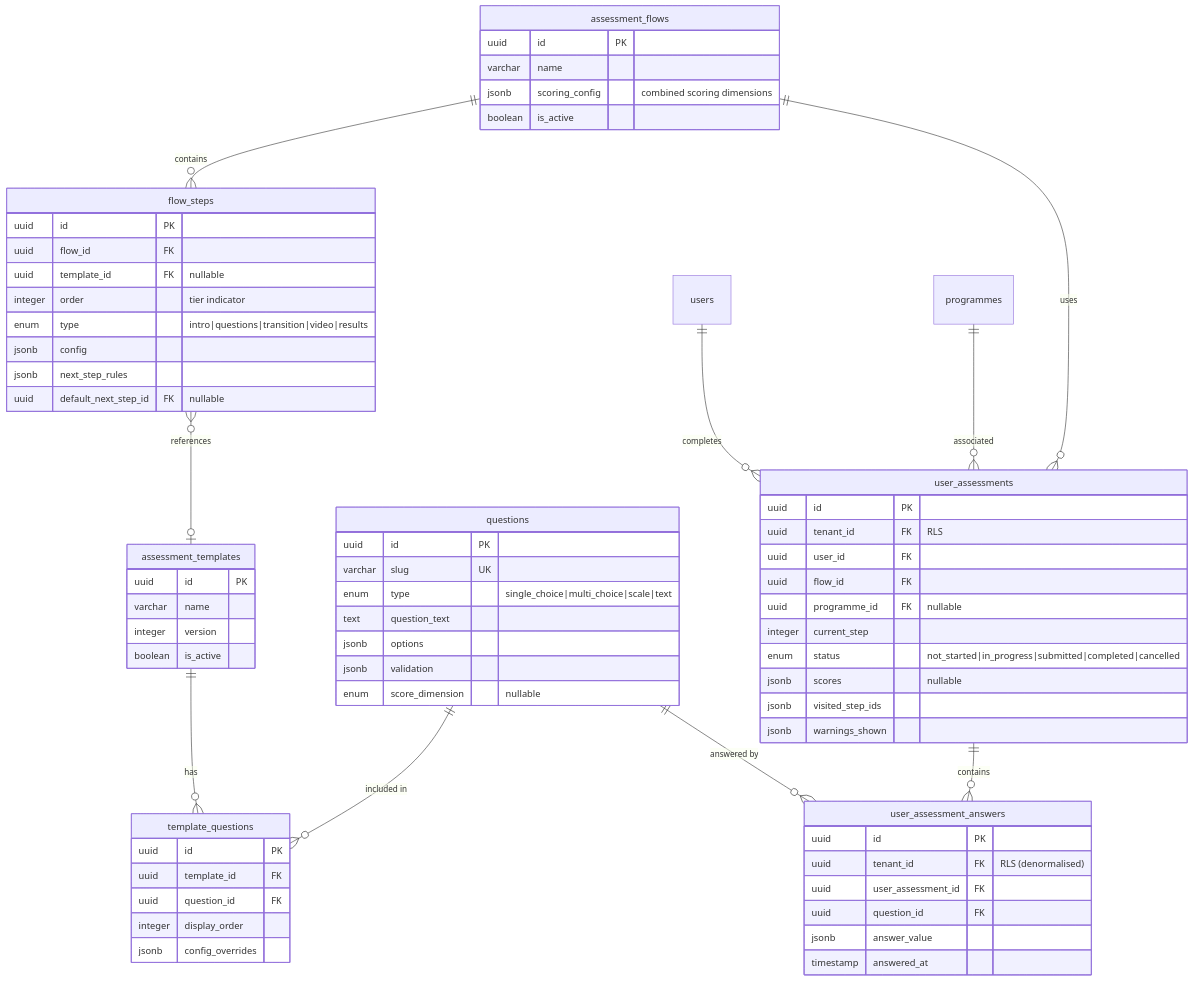
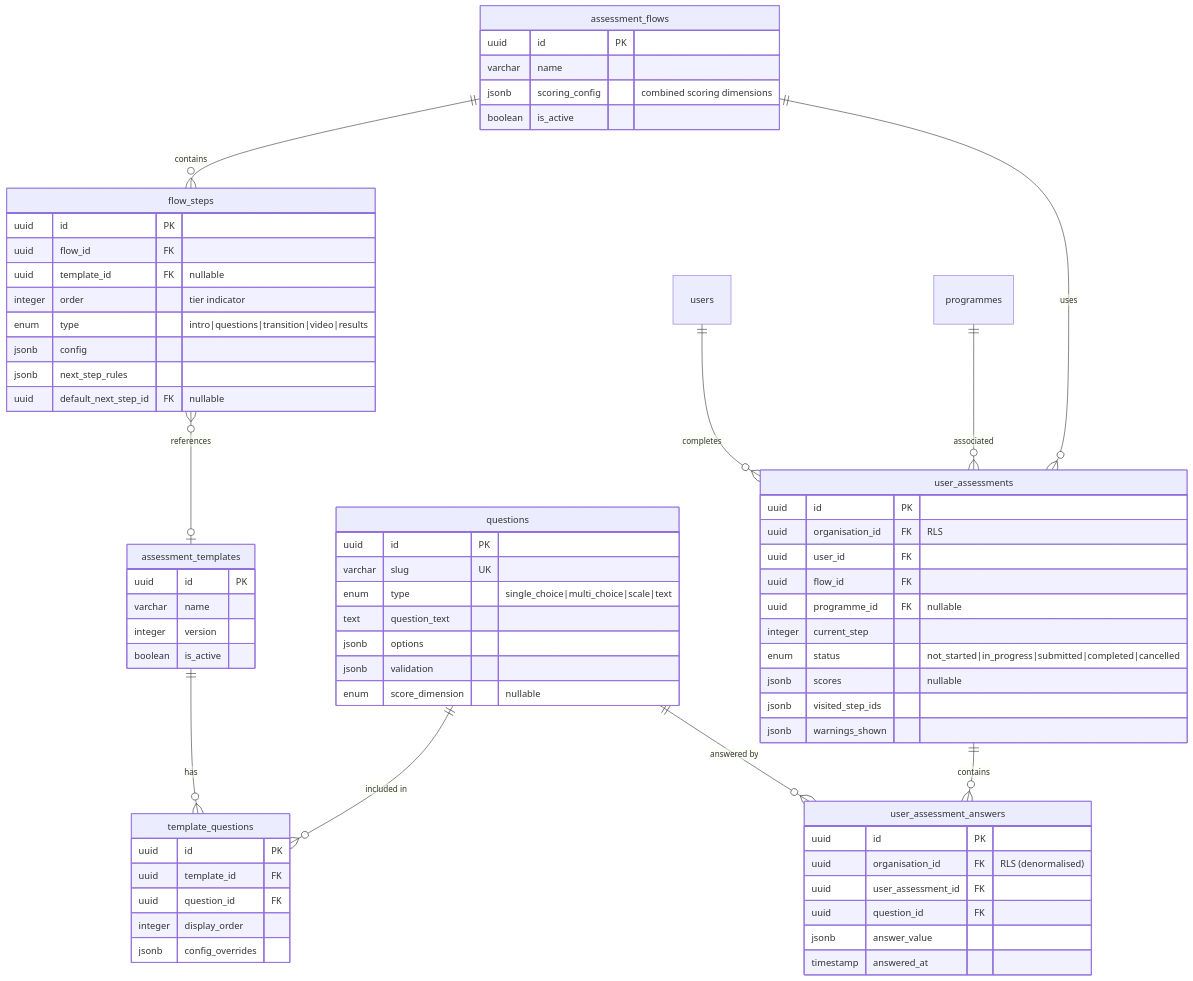
Before and after one commit to ChrisTregaskis/ffp: the second of 3 diagrams in project-documentation/ffp_erd.md, drawn with Mermaid. The commit also changed other lines of this file and 22 other files, not shown here.

````diff
--- a/project-documentation/ffp_erd.md
+++ b/project-documentation/ffp_erd.md
@@ -55,77 +55,77 @@
 ```mermaid
 erDiagram
     assessment_flows ||--o{ flow_steps : "contains"
     assessment_templates ||--o{ template_questions : "has"
     questions ||--o{ template_questions : "included in"
     flow_steps }o--o| assessment_templates : "references"
     assessment_flows ||--o{ user_assessments : "uses"
     users ||--o{ user_assessments : "completes"
     user_assessments ||--o{ user_assessment_answers : "contains"
     questions ||--o{ user_assessment_answers : "answered by"
     programmes ||--o{ user_assessments : "associated"
 
     assessment_flows {
         uuid id PK
         varchar name
         jsonb scoring_config "combined scoring dimensions"
         boolean is_active
     }
 
     flow_steps {
         uuid id PK
         uuid flow_id FK
         uuid template_id FK "nullable"
         integer order "tier indicator"
         enum type "intro|questions|transition|video|results"
         jsonb config
         jsonb next_step_rules
         uuid default_next_step_id FK "nullable"
     }
 
     assessment_templates {
         uuid id PK
         varchar name
         integer version
         boolean is_active
     }
 
     questions {
         uuid id PK
         varchar slug UK
         enum type "single_choice|multi_choice|scale|text"
         text question_text
         jsonb options
         jsonb validation
         enum score_dimension "nullable"
     }
 
     template_questions {
         uuid id PK
         uuid template_id FK
         uuid question_id FK
         integer display_order
         jsonb config_overrides
     }
 
     user_assessments {
         uuid id PK
-        uuid tenant_id FK "RLS"
+        uuid organisation_id FK "RLS"
         uuid user_id FK
         uuid flow_id FK
         uuid programme_id FK "nullable"
         integer current_step
         enum status "not_started|in_progress|submitted|completed|cancelled"
         jsonb scores "nullable"
         jsonb visited_step_ids
         jsonb warnings_shown
     }
 
     user_assessment_answers {
         uuid id PK
-        uuid tenant_id FK "RLS (denormalised)"
+        uuid organisation_id FK "RLS (denormalised)"
         uuid user_assessment_id FK
         uuid question_id FK
         jsonb answer_value
         timestamp answered_at
     }
 ```
````
